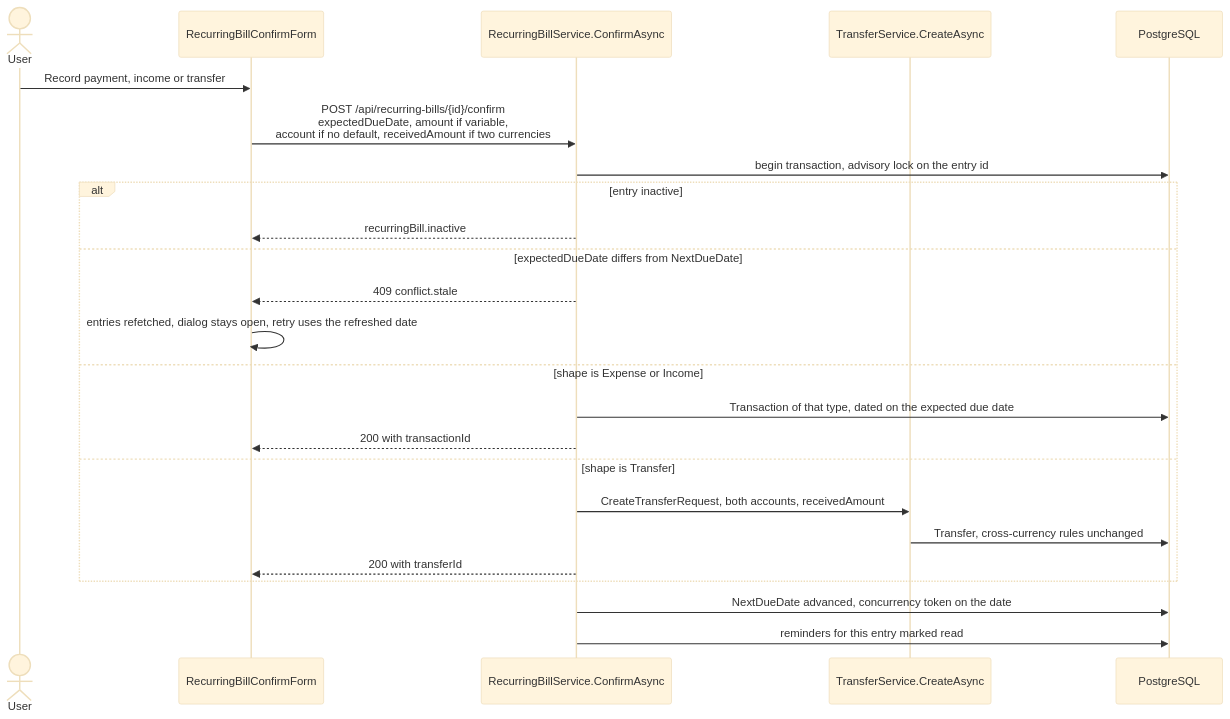
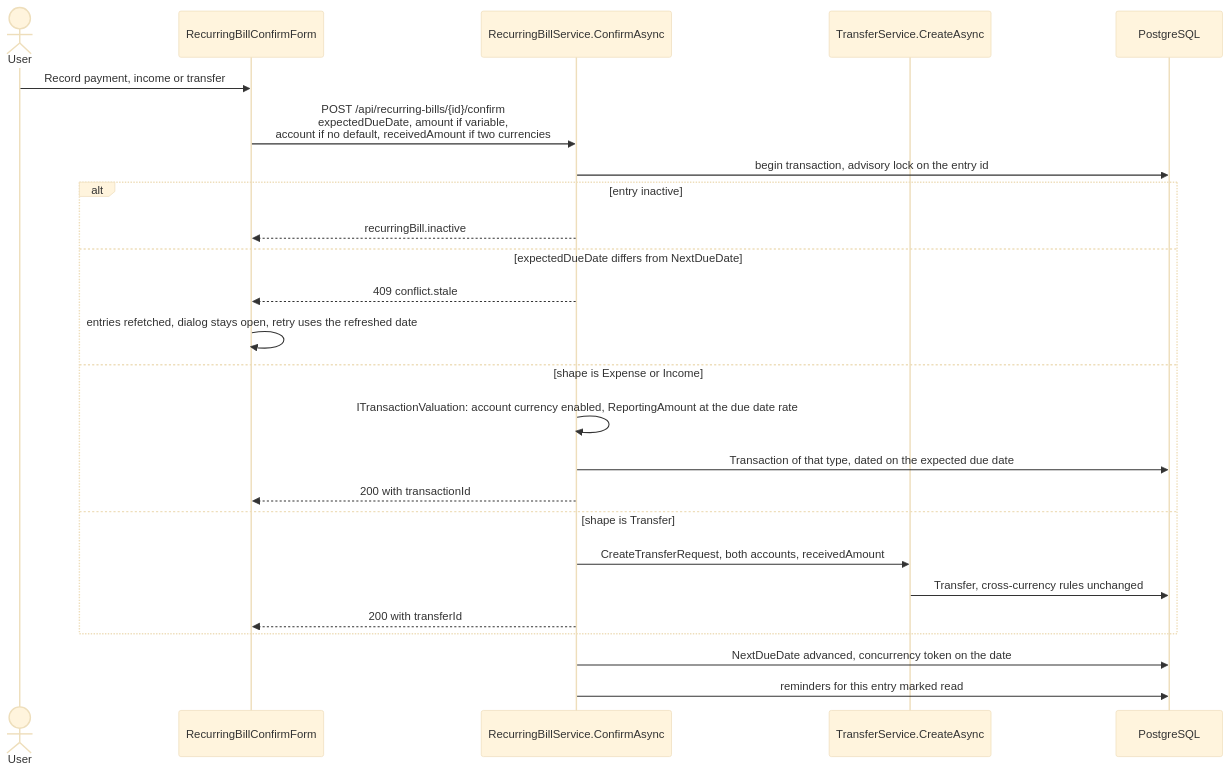
One commit to Justxs/Jx-Finance changed the first of 4 diagrams in docs/features/13. Recurring bills.md. Above: the diagram before and after it, drawn with Mermaid (base theme). The commit also changed other lines of this file and 23 other files, not shown here.

````diff
--- a/docs/features/13. Recurring bills.md
+++ b/docs/features/13. Recurring bills.md
@@ -23,26 +23,27 @@
 ```mermaid
 sequenceDiagram
     actor User
     participant Form as RecurringBillConfirmForm
     participant Api as RecurringBillService.ConfirmAsync
     participant Transfers as TransferService.CreateAsync
     participant Db as PostgreSQL
     User->>Form: Record payment, income or transfer
     Form->>Api: POST /api/recurring-bills/{id}/confirm<br/>expectedDueDate, amount if variable,<br/>account if no default, receivedAmount if two currencies
     Api->>Db: begin transaction, advisory lock on the entry id
     alt entry inactive
         Api-->>Form: recurringBill.inactive
     else expectedDueDate differs from NextDueDate
         Api-->>Form: 409 conflict.stale
         Form->>Form: entries refetched, dialog stays open, retry uses the refreshed date
     else shape is Expense or Income
+        Api->>Api: ITransactionValuation: account currency enabled, ReportingAmount at the due date rate
         Api->>Db: Transaction of that type, dated on the expected due date
         Api-->>Form: 200 with transactionId
     else shape is Transfer
         Api->>Transfers: CreateTransferRequest, both accounts, receivedAmount
         Transfers->>Db: Transfer, cross-currency rules unchanged
         Api-->>Form: 200 with transferId
     end
     Api->>Db: NextDueDate advanced, concurrency token on the date
     Api->>Db: reminders for this entry marked read
 ```
````
